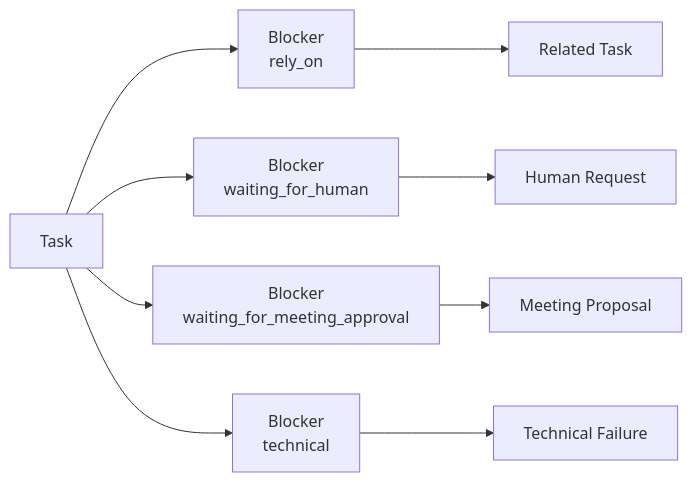
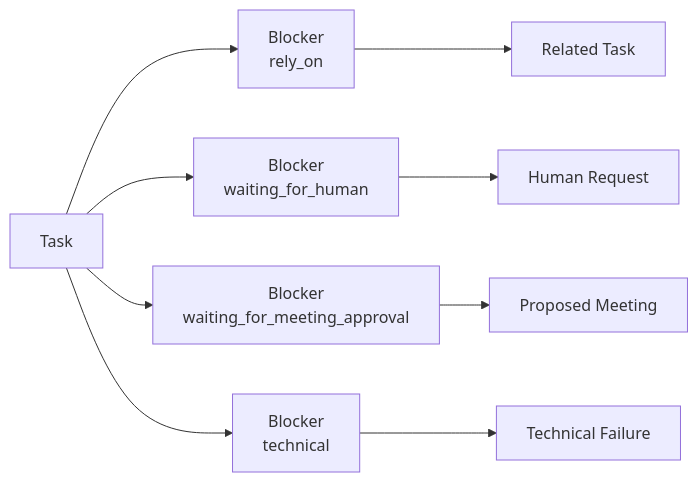
Before and after one commit to LunaDeerTech/agenteam: the third of 3 diagrams in docs/architecture/project-work-management/README.md, drawn with Mermaid. The commit also changed other lines of this file and 18 other files, not shown here.

Commit message:
docs: refine meeting architecture and detailed design

````diff
--- a/docs/architecture/project-work-management/README.md
+++ b/docs/architecture/project-work-management/README.md
@@ -204,14 +250,14 @@
 ```mermaid
 flowchart LR
     Task["Task"]
 
     Task --> B1["Blocker<br/>rely_on"]
     Task --> B2["Blocker<br/>waiting_for_human"]
     Task --> B3["Blocker<br/>waiting_for_meeting_approval"]
     Task --> B4["Blocker<br/>technical"]
 
     B1 --> DepTask["Related Task"]
     B2 --> HumanRequest["Human Request"]
-    B3 --> MeetingProposal["Meeting Proposal"]
+    B3 --> ProposedMeeting["Proposed Meeting"]
     B4 --> TechnicalEvent["Technical Failure"]
 ```
````
